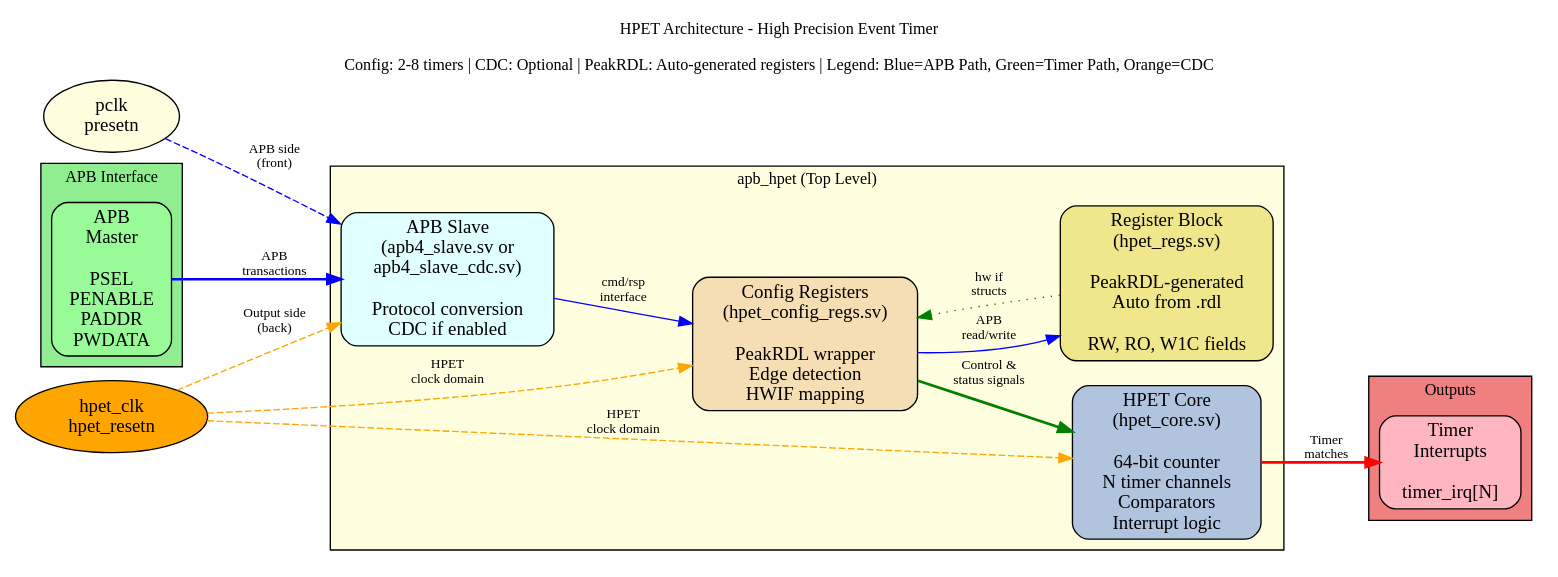
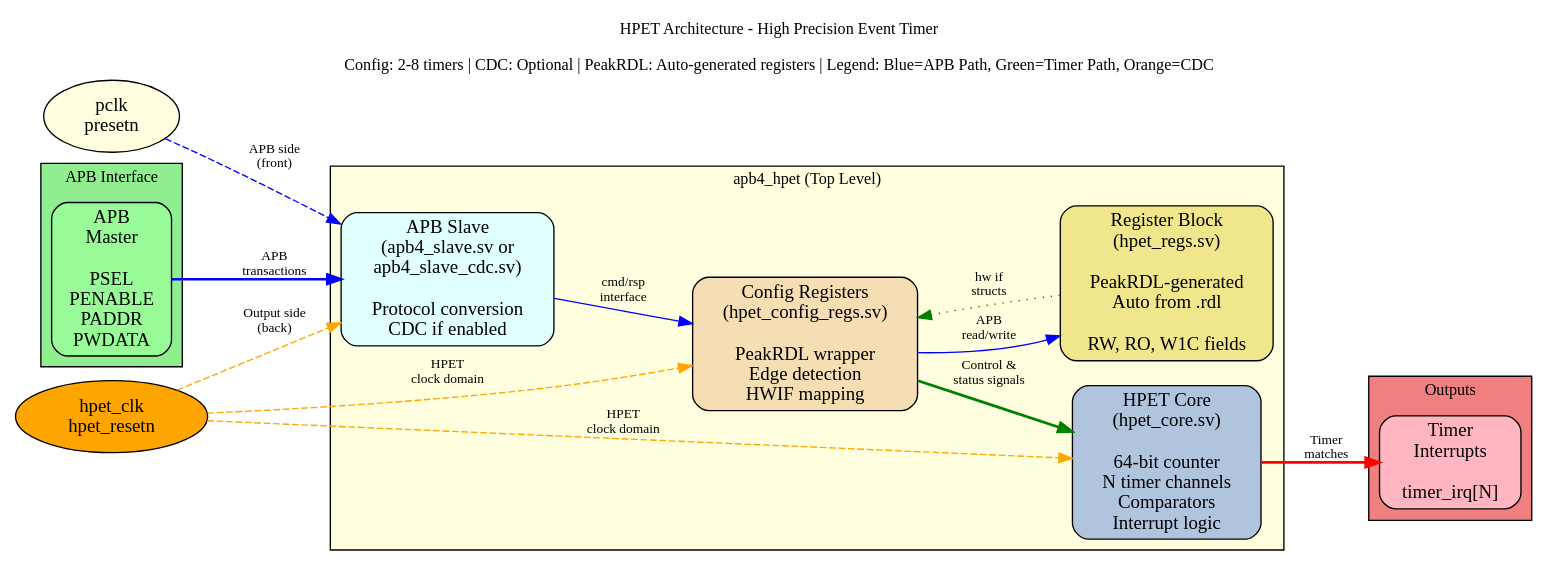
One commit to sean-galloway/RTLDesignSherpa changed the diagram in projects/components/retro_legacy_blocks/rtl/hpet/docs/assets/graphviz/hpet_architecture.gv. Above: the diagram before and after it, drawn with Graphviz. The commit also changed 751 other files, not shown here.

```diff
--- a/projects/components/retro_legacy_blocks/rtl/hpet/docs/assets/graphviz/hpet_architecture.gv
+++ b/projects/components/retro_legacy_blocks/rtl/hpet/docs/assets/graphviz/hpet_architecture.gv
@@ -1,73 +1,73 @@
 // HPET Architecture Block Diagram
 // Purpose: Show HPET module hierarchy with APB interface, PeakRDL registers, and timer core
 
 digraph hpet_architecture {
     rankdir=LR;
     node [shape=box, style="rounded,filled", fillcolor=lightblue];
     edge [fontsize=10];
 
     // Title with compact info
     label="HPET Architecture - High Precision Event Timer\n\nConfig: 2-8 timers | CDC: Optional | PeakRDL: Auto-generated registers | Legend: Blue=APB Path, Green=Timer Path, Orange=CDC";
     labelloc="t";
     fontsize=12;
 
     // APB Interface (External)
     subgraph cluster_apb {
         label="APB Interface";
         style=filled;
         fillcolor=lightgreen;
         
         apb_in [label="APB\nMaster\n\nPSEL\nPENABLE\nPADDR\nPWDATA", fillcolor=palegreen];
     }
 
-    // apb_hpet Top Level
+    // apb4_hpet Top Level
     subgraph cluster_top {
-        label="apb_hpet (Top Level)";
+        label="apb4_hpet (Top Level)";
         style=filled;
         fillcolor=lightyellow;
 
         // APB Slave
         apb4_slave [label="APB Slave\n(apb4_slave.sv or\napb4_slave_cdc.sv)\n\nProtocol conversion\nCDC if enabled", fillcolor=lightcyan];
         
         // Config Registers (PeakRDL)
         config_regs [label="Config Registers\n(hpet_config_regs.sv)\n\nPeakRDL wrapper\nEdge detection\nHWIF mapping", fillcolor=wheat];
         
         peakrdl_regs [label="Register Block\n(hpet_regs.sv)\n\nPeakRDL-generated\nAuto from .rdl\n\nRW, RO, W1C fields", fillcolor=khaki];
         
         // HPET Core
         hpet_core [label="HPET Core\n(hpet_core.sv)\n\n64-bit counter\nN timer channels\nComparators\nInterrupt logic", fillcolor=lightsteelblue];
     }
 
     // Outputs
     subgraph cluster_outputs {
         label="Outputs";
         style=filled;
         fillcolor=lightcoral;
         
         interrupts [label="Timer\nInterrupts\n\ntimer_irq[N]", fillcolor=lightpink];
     }
 
     // APB Data Flow (Blue)
     apb_in -> apb4_slave [label="APB\ntransactions", color=blue, style=bold];
     apb4_slave -> config_regs [label="cmd/rsp\ninterface", color=blue];
     config_regs -> peakrdl_regs [label="APB\nread/write", color=blue];
     
     // Register to Core Interface (Green)
     peakrdl_regs -> config_regs [label="hw if\nstructs", color=green, style=dotted];
     config_regs -> hpet_core [label="Control &\nstatus signals", color=green, style=bold];
     
     // Core to Interrupts
     hpet_core -> interrupts [label="Timer\nmatches", color=red, style=bold];
     
     // Clocking - APB slave handles domain crossing
     clk_apb [label="pclk\npresetn", shape=ellipse, fillcolor=lightyellow];
     clk_hpet [label="hpet_clk\nhpet_resetn", shape=ellipse, fillcolor=orange];
     
     // Both clocks to APB slave (front=pclk, back=hpet_clk)
     clk_apb -> apb4_slave [label="APB side\n(front)", color=blue, style=dashed];
     clk_hpet -> apb4_slave [label="Output side\n(back)", color=orange, style=dashed];
     
     // Only hpet_clk to downstream blocks
     clk_hpet -> config_regs [label="HPET\nclock domain", color=orange, style=dashed];
     clk_hpet -> hpet_core [label="HPET\nclock domain", color=orange, style=dashed];
 }
```
